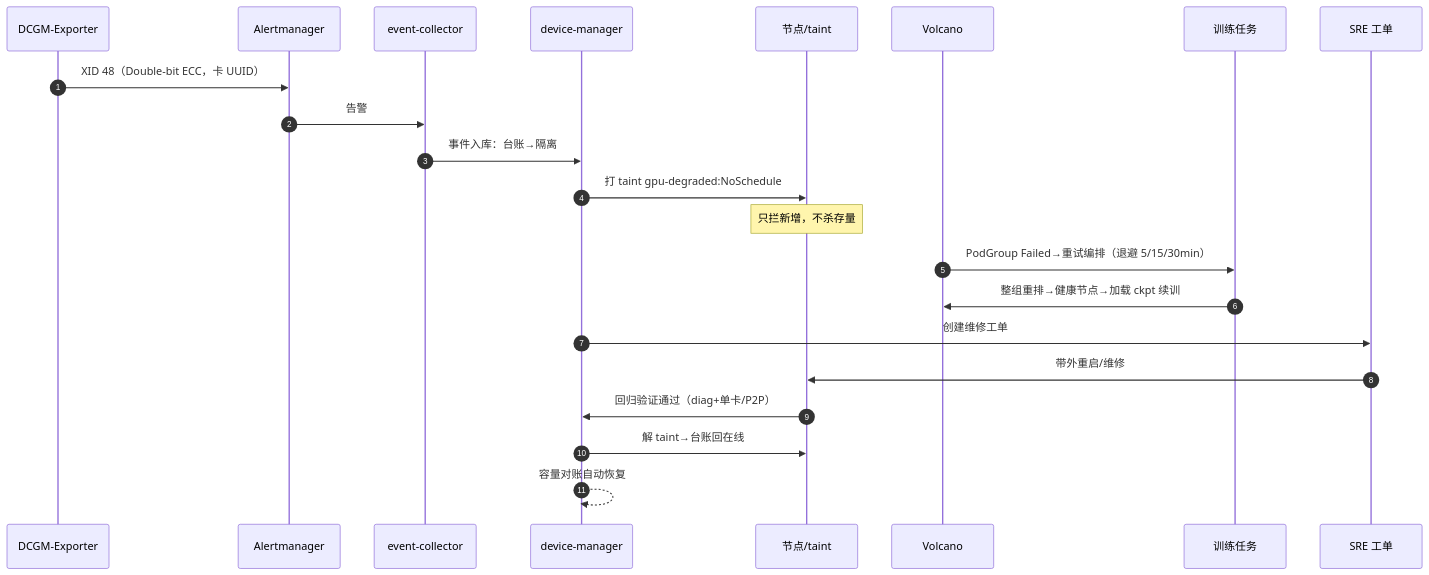
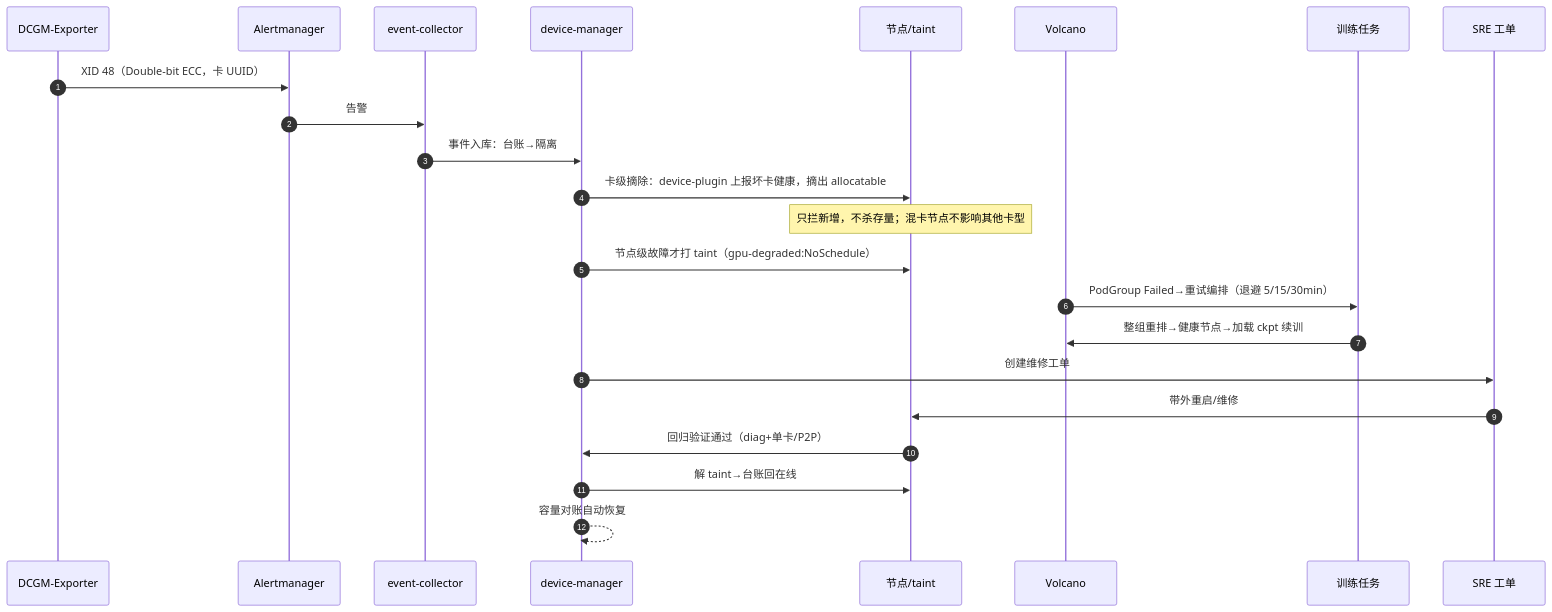
The tenth of 12 diagrams in 基于MCK的智算平台设计方案.md (vickyv3v4/lira), drawn with Mermaid before and after one commit. The commit also changed other lines of this file and 2 other files, not shown here.

````diff
--- a/基于MCK的智算平台设计方案.md
+++ b/基于MCK的智算平台设计方案.md
@@ -702,25 +719,26 @@
 ```mermaid
 sequenceDiagram
     autonumber
     participant D as DCGM-Exporter
     participant P as Alertmanager
     participant E as event-collector
     participant DM as device-manager
     participant N as 节点/taint
     participant V as Volcano
     participant T as 训练任务
     participant W as SRE 工单
 
     D->>P: XID 48（Double-bit ECC，卡 UUID）
     P->>E: 告警
     E->>DM: 事件入库：台账→隔离
-    DM->>N: 打 taint gpu-degraded:NoSchedule
-    Note over N: 只拦新增，不杀存量
+    DM->>N: 卡级摘除：device-plugin 上报坏卡健康，摘出 allocatable
+    Note over N: 只拦新增，不杀存量；混卡节点不影响其他卡型
+    DM->>N: 节点级故障才打 taint（gpu-degraded:NoSchedule）
     V->>T: PodGroup Failed→重试编排（退避 5/15/30min）
     T->>V: 整组重排→健康节点→加载 ckpt 续训
     DM->>W: 创建维修工单
     W->>N: 带外重启/维修
     N->>DM: 回归验证通过（diag+单卡/P2P）
     DM->>N: 解 taint→台账回在线
     DM-->>DM: 容量对账自动恢复
 ```
````
